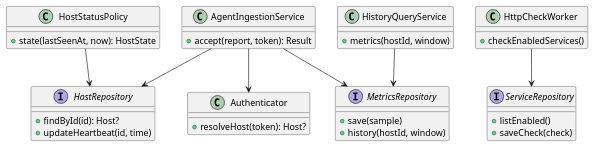
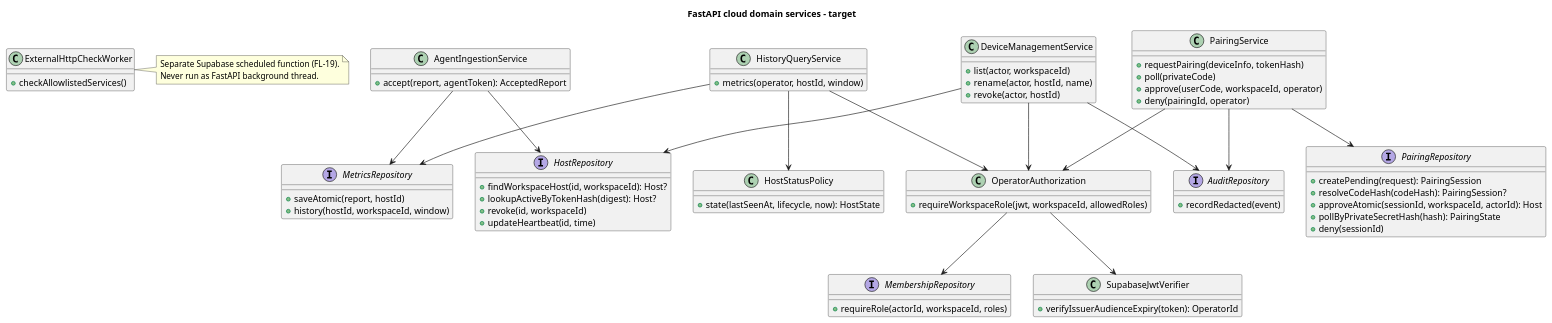
Before and after one commit to Adam-BArbia/fleetluma: the diagram in docs/uml/plantuml/04_class_backend.puml, drawn with PlantUML.

Commit message:
docs(FL-31): synchronize 04_class_backend.puml with cloud pairing model

```diff
--- a/docs/uml/plantuml/04_class_backend.puml
+++ b/docs/uml/plantuml/04_class_backend.puml
@@ -1,35 +1,72 @@
 @startuml 04_class_backend
+title FastAPI cloud domain services - target
 interface HostRepository {
- +findById(id): Host?
+ +findWorkspaceHost(id, workspaceId): Host?
+ +lookupActiveByTokenHash(digest): Host?
+ +revoke(id, workspaceId)
  +updateHeartbeat(id, time)
 }
 interface MetricsRepository {
-  +save(sample)
-  +history(hostId, window)
+ +saveAtomic(report, hostId)
+ +history(hostId, workspaceId, window)
 }
-interface ServiceRepository {
-  +listEnabled()
-  +saveCheck(check)
+interface PairingRepository {
+ +createPending(request): PairingSession
+ +resolveCodeHash(codeHash): PairingSession?
+ +approveAtomic(sessionId, workspaceId, actorId): Host
+ +pollByPrivateSecretHash(hash): PairingState
+ +deny(sessionId)
+}
+interface MembershipRepository {
+ +requireRole(actorId, workspaceId, roles)
+}
+interface AuditRepository {
+ +recordRedacted(event)
+}
+class SupabaseJwtVerifier {
+ +verifyIssuerAudienceExpiry(token): OperatorId
+}
+class OperatorAuthorization {
+ +requireWorkspaceRole(jwt, workspaceId, allowedRoles)
+}
+class PairingService {
+ +requestPairing(deviceInfo, tokenHash)
+ +poll(privateCode)
+ +approve(userCode, workspaceId, operator)
+ +deny(pairingId, operator)
 }
 class AgentIngestionService {
-  +accept(report, token): Result
+ +accept(report, agentToken): AcceptedReport
 }
-class Authenticator {
-  +resolveHost(token): Host?
+class DeviceManagementService {
+ +list(actor, workspaceId)
+ +rename(actor, hostId, name)
+ +revoke(actor, hostId)
 }
 class HostStatusPolicy {
-  +state(lastSeenAt, now): HostState
-}
-class HttpCheckWorker {
-  +checkEnabledServices()
+ +state(lastSeenAt, lifecycle, now): HostState
 }
 class HistoryQueryService {
-  +metrics(hostId, window)
+ +metrics(operator, hostId, window)
 }
-AgentIngestionService --> Authenticator
+class ExternalHttpCheckWorker {
+ +checkAllowlistedServices()
+}
+PairingService --> PairingRepository
+PairingService --> OperatorAuthorization
+PairingService --> AuditRepository
+OperatorAuthorization --> SupabaseJwtVerifier
+OperatorAuthorization --> MembershipRepository
 AgentIngestionService --> HostRepository
 AgentIngestionService --> MetricsRepository
-HttpCheckWorker --> ServiceRepository
+DeviceManagementService --> HostRepository
+DeviceManagementService --> OperatorAuthorization
+DeviceManagementService --> AuditRepository
 HistoryQueryService --> MetricsRepository
-HostStatusPolicy --> HostRepository
+HistoryQueryService --> OperatorAuthorization
+HistoryQueryService --> HostStatusPolicy
+note right of ExternalHttpCheckWorker
+ Separate Supabase scheduled function (FL-19).
+ Never run as FastAPI background thread.
+end note
 @enduml
```
